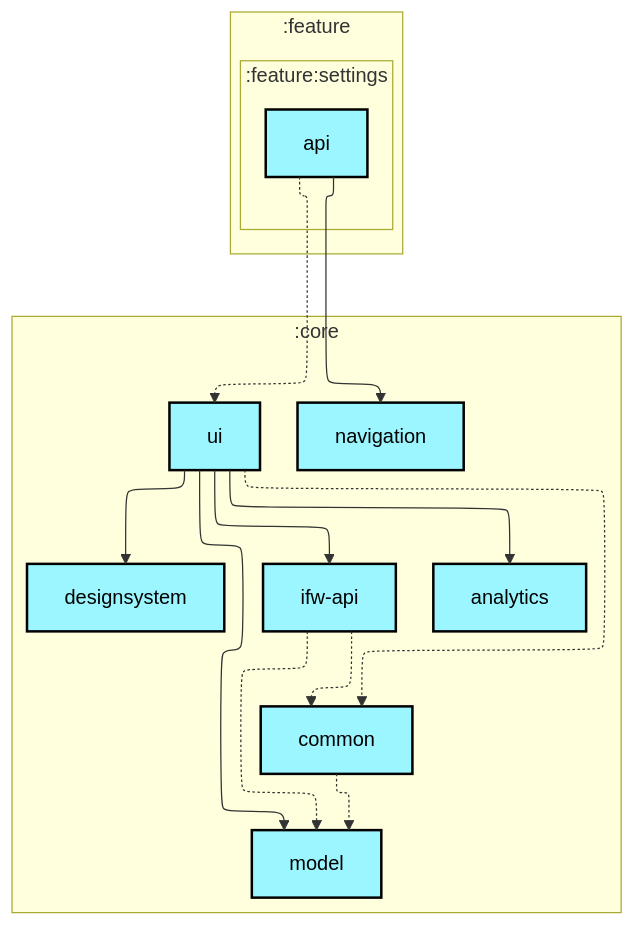
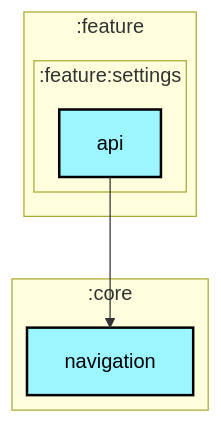
Before and after one commit to lihenggui/blocker: the first of 2 diagrams in feature/settings/api/README.md, drawn with Mermaid. The commit also changed 29 other files, not shown here.

First line of the commit message:
Update module dependency graphs after boundary cleanup

````diff
--- a/feature/settings/api/README.md
+++ b/feature/settings/api/README.md
@@ -6,44 +6,29 @@
 ```mermaid
 ---
 config:
   layout: elk
   elk:
     nodePlacementStrategy: SIMPLE
 ---
 graph TB
   subgraph :feature
     direction TB
     subgraph :feature:settings
       direction TB
       :feature:settings:api[api]:::android-library
     end
   end
   subgraph :core
     direction TB
-    :core:analytics[analytics]:::android-library
-    :core:common[common]:::android-library
-    :core:designsystem[designsystem]:::android-library
-    :core:ifw-api[ifw-api]:::android-library
-    :core:model[model]:::android-library
     :core:navigation[navigation]:::android-library
-    :core:ui[ui]:::android-library
   end
 
-  :core:common -.-> :core:model
-  :core:ifw-api -.-> :core:common
-  :core:ifw-api -.-> :core:model
-  :core:ui --> :core:analytics
-  :core:ui -.-> :core:common
-  :core:ui --> :core:designsystem
-  :core:ui --> :core:ifw-api
-  :core:ui --> :core:model
   :feature:settings:api --> :core:navigation
-  :feature:settings:api -.-> :core:ui
 
 classDef android-application fill:#CAFFBF,stroke:#000,stroke-width:2px,color:#000;
 classDef android-feature fill:#FFD6A5,stroke:#000,stroke-width:2px,color:#000;
 classDef android-library fill:#9BF6FF,stroke:#000,stroke-width:2px,color:#000;
 classDef android-test fill:#A0C4FF,stroke:#000,stroke-width:2px,color:#000;
 classDef jvm-library fill:#BDB2FF,stroke:#000,stroke-width:2px,color:#000;
 classDef unknown fill:#FFADAD,stroke:#000,stroke-width:2px,color:#000;
 ```
````
